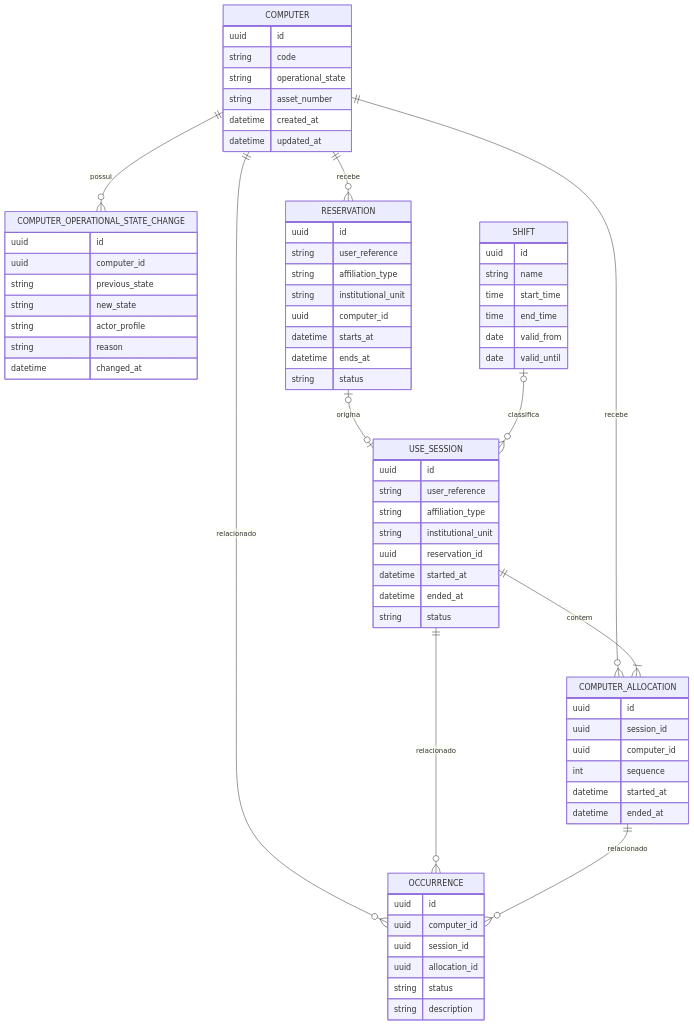
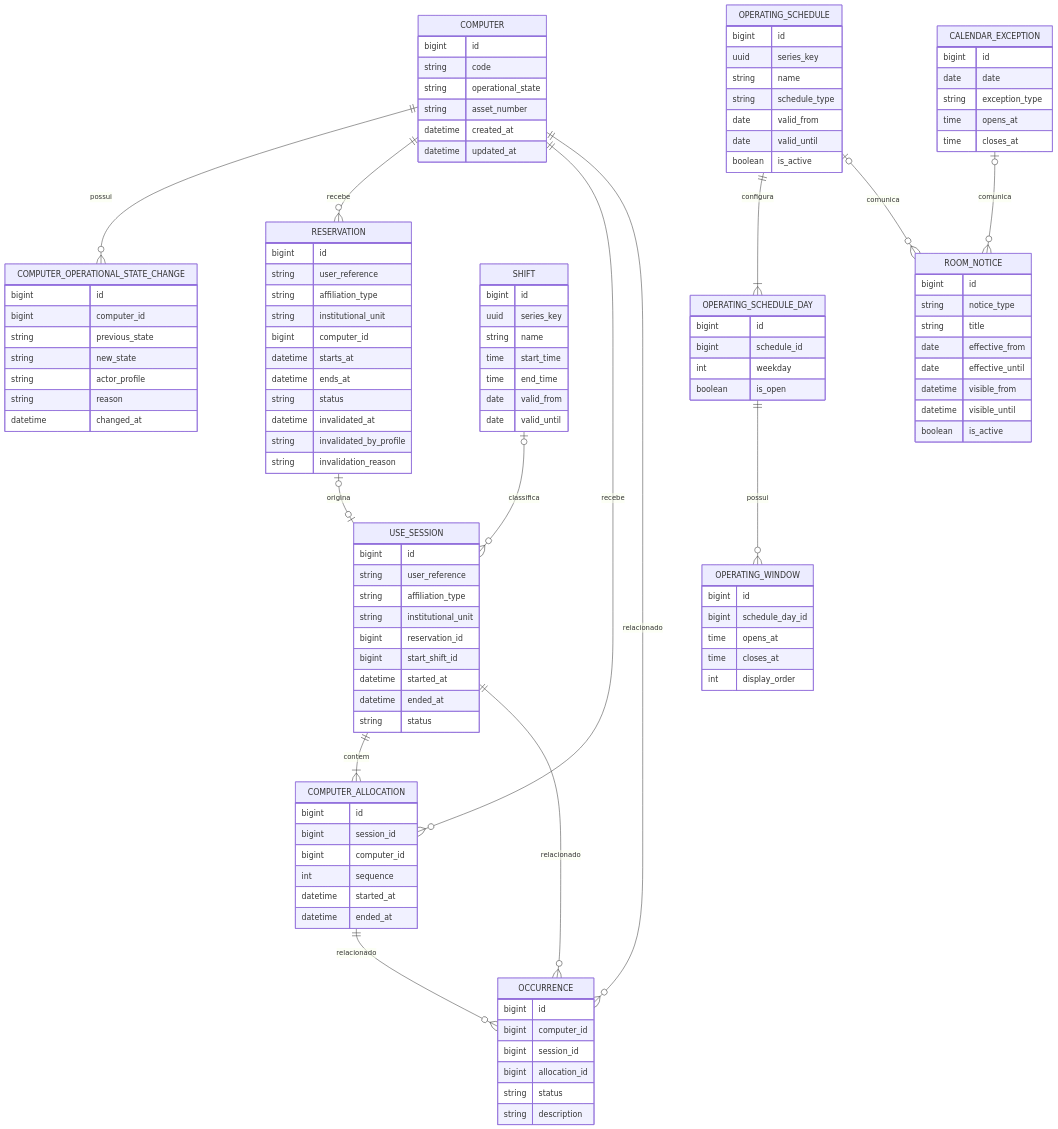
The diagram in docs/architecture/diagrams/erd.md (MarcosVini753/estagio), drawn with Mermaid before and after one commit. The commit also changed other lines of this file and 20 other files, not shown here.

````diff
--- a/docs/architecture/diagrams/erd.md
+++ b/docs/architecture/diagrams/erd.md
@@ -11,9 +11,13 @@
     USE_SESSION ||--o{ OCCURRENCE : relacionado
     COMPUTER_ALLOCATION ||--o{ OCCURRENCE : relacionado
     SHIFT o|--o{ USE_SESSION : classifica
+    OPERATING_SCHEDULE ||--|{ OPERATING_SCHEDULE_DAY : configura
+    OPERATING_SCHEDULE_DAY ||--o{ OPERATING_WINDOW : possui
+    OPERATING_SCHEDULE o|--o{ ROOM_NOTICE : comunica
+    CALENDAR_EXCEPTION o|--o{ ROOM_NOTICE : comunica
 
     COMPUTER {
-        uuid id
+        bigint id
         string code
         string operational_state
         string asset_number
@@ -22,8 +26,8 @@
     }
 
     COMPUTER_OPERATIONAL_STATE_CHANGE {
-        uuid id
-        uuid computer_id
+        bigint id
+        bigint computer_id
         string previous_state
         string new_state
         string actor_profile
@@ -32,51 +36,100 @@
     }
 
     RESERVATION {
-        uuid id
+        bigint id
         string user_reference
         string affiliation_type
         string institutional_unit
-        uuid computer_id
+        bigint computer_id
         datetime starts_at
         datetime ends_at
         string status
+        datetime invalidated_at
+        string invalidated_by_profile
+        string invalidation_reason
     }
 
     USE_SESSION {
-        uuid id
+        bigint id
         string user_reference
         string affiliation_type
         string institutional_unit
-        uuid reservation_id
+        bigint reservation_id
+        bigint start_shift_id
         datetime started_at
         datetime ended_at
         string status
     }
 
     COMPUTER_ALLOCATION {
-        uuid id
-        uuid session_id
-        uuid computer_id
+        bigint id
+        bigint session_id
+        bigint computer_id
         int sequence
         datetime started_at
         datetime ended_at
     }
 
     OCCURRENCE {
-        uuid id
-        uuid computer_id
-        uuid session_id
-        uuid allocation_id
+        bigint id
+        bigint computer_id
+        bigint session_id
+        bigint allocation_id
         string status
         string description
     }
 
     SHIFT {
-        uuid id
+        bigint id
+        uuid series_key
         string name
         time start_time
         time end_time
         date valid_from
         date valid_until
     }
+
+    OPERATING_SCHEDULE {
+        bigint id
+        uuid series_key
+        string name
+        string schedule_type
+        date valid_from
+        date valid_until
+        boolean is_active
+    }
+
+    OPERATING_SCHEDULE_DAY {
+        bigint id
+        bigint schedule_id
+        int weekday
+        boolean is_open
+    }
+
+    OPERATING_WINDOW {
+        bigint id
+        bigint schedule_day_id
+        time opens_at
+        time closes_at
+        int display_order
+    }
+
+    CALENDAR_EXCEPTION {
+        bigint id
+        date date
+        string exception_type
+        time opens_at
+        time closes_at
+    }
+
+    ROOM_NOTICE {
+        bigint id
+        string notice_type
+        string title
+        date effective_from
+        date effective_until
+        datetime visible_from
+        datetime visible_until
+        boolean is_active
+    }
 ```
````
